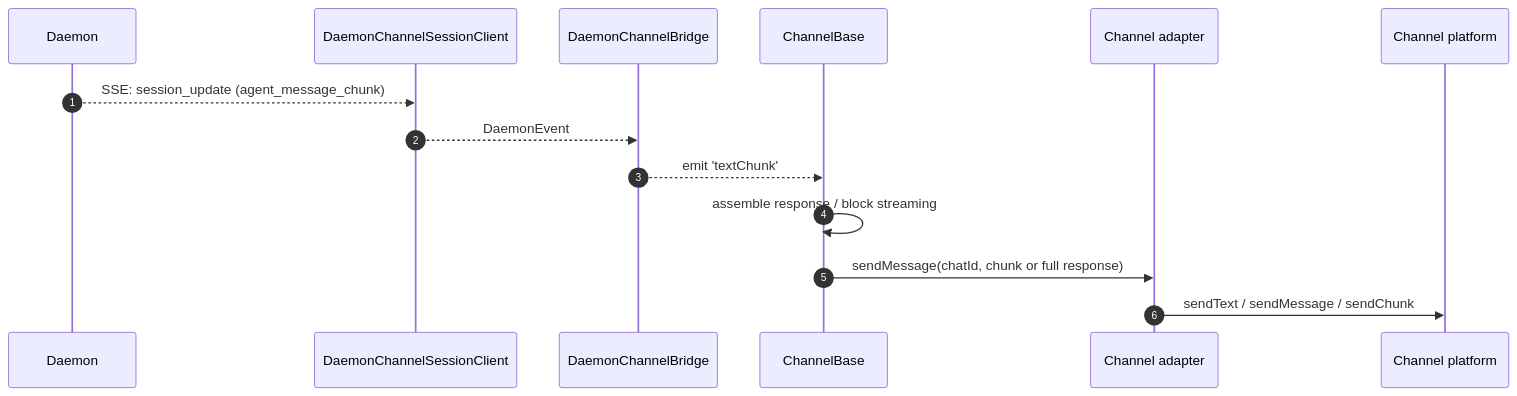
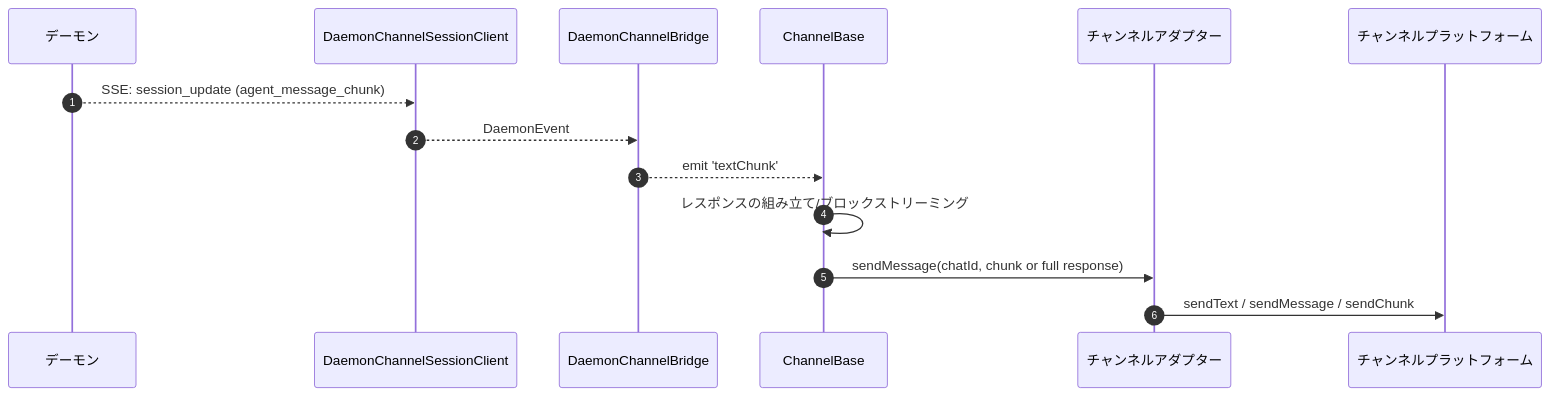
Before and after one commit to QwenLM/qwen-code-docs: the second of 3 diagrams in website/content/ja/developers/daemon/15-channel-adapters.md, drawn with Mermaid. The commit also changed other lines of this file and 1077 other files, not shown here.

````diff
--- a/website/content/ja/developers/daemon/15-channel-adapters.md
+++ b/website/content/ja/developers/daemon/15-channel-adapters.md
@@ -115,17 +115,17 @@
 ```mermaid
 sequenceDiagram
     autonumber
-    participant D as Daemon
+    participant D as デーモン
     participant SC as DaemonChannelSessionClient
     participant BR as DaemonChannelBridge
     participant CB as ChannelBase
-    participant AD as Channel adapter
-    participant CH as Channel platform
+    participant AD as チャンネルアダプター
+    participant CH as チャンネルプラットフォーム
 
     D-->>SC: SSE: session_update (agent_message_chunk)
     SC-->>BR: DaemonEvent
     BR-->>CB: emit 'textChunk'
-    CB->>CB: assemble response / block streaming
+    CB->>CB: レスポンスの組み立て/ブロックストリーミング
     CB->>AD: sendMessage(chatId, chunk or full response)
     AD->>CH: sendText / sendMessage / sendChunk
 ```
````
